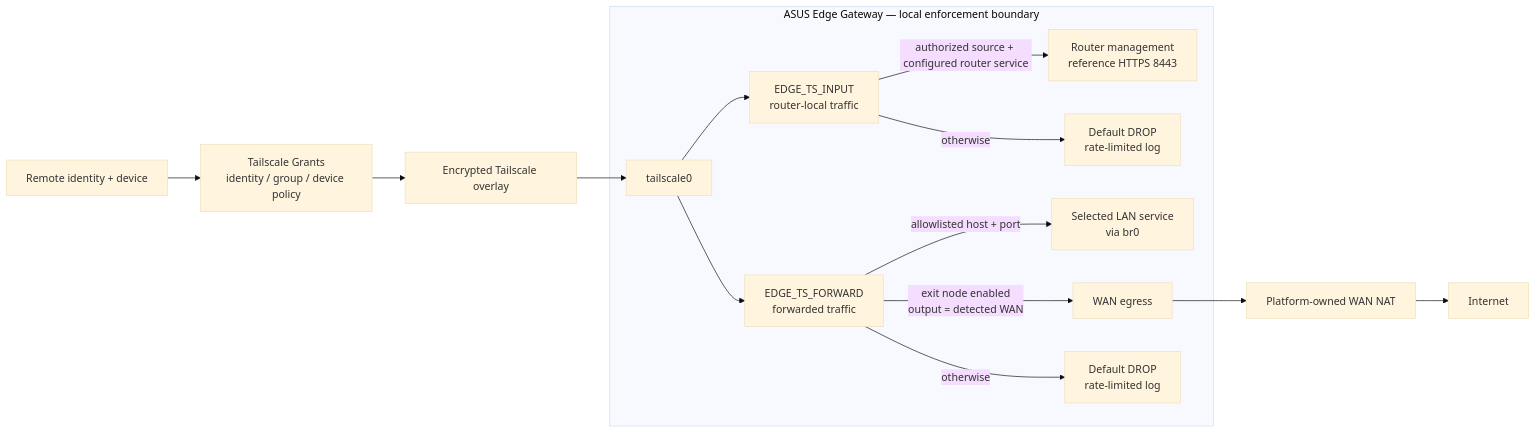
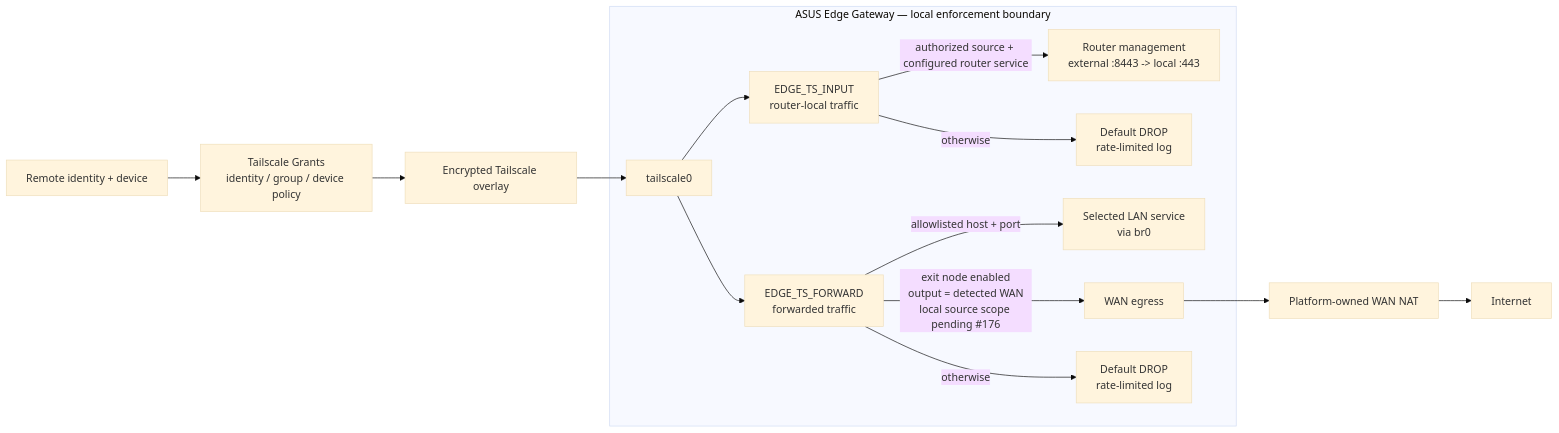
The diagram in docs/architecture/high-level-trust-boundaries.md (wojko6/Advanced-ASUS-Edge-Gateway-ZTNA-Infrastructure), drawn with Mermaid (base theme) before and after one commit. The commit also changed other lines of this file, not shown here.

Commit message:
docs: reconcile high-level trust boundary claims

````diff
--- a/docs/architecture/high-level-trust-boundaries.md
+++ b/docs/architecture/high-level-trust-boundaries.md
@@ -7,21 +7,21 @@
 ```mermaid
 flowchart LR
     U["Remote identity + device"] --> G["Tailscale Grants<br/>identity / group / device policy"]
     G --> O["Encrypted Tailscale overlay"]
     O --> T["tailscale0"]
 
     subgraph R["ASUS Edge Gateway — local enforcement boundary"]
         T --> I["EDGE_TS_INPUT<br/>router-local traffic"]
         T --> F["EDGE_TS_FORWARD<br/>forwarded traffic"]
 
-        I -->|"authorized source + configured router service"| M["Router management<br/>reference HTTPS 8443"]
+        I -->|"authorized source + configured router service"| M["Router management<br/>external :8443 -> local :443"]
         I -->|"otherwise"| DI["Default DROP<br/>rate-limited log"]
 
         F -->|"allowlisted host + port"| L["Selected LAN service<br/>via br0"]
-        F -->|"exit node enabled<br/>output = detected WAN"| W["WAN egress"]
+        F -->|"exit node enabled<br/>output = detected WAN<br/>local source scope pending #176"| W["WAN egress"]
         F -->|"otherwise"| DF["Default DROP<br/>rate-limited log"]
     end
 
     W --> N["Platform-owned WAN NAT"]
     N --> X["Internet"]
 ```
````
